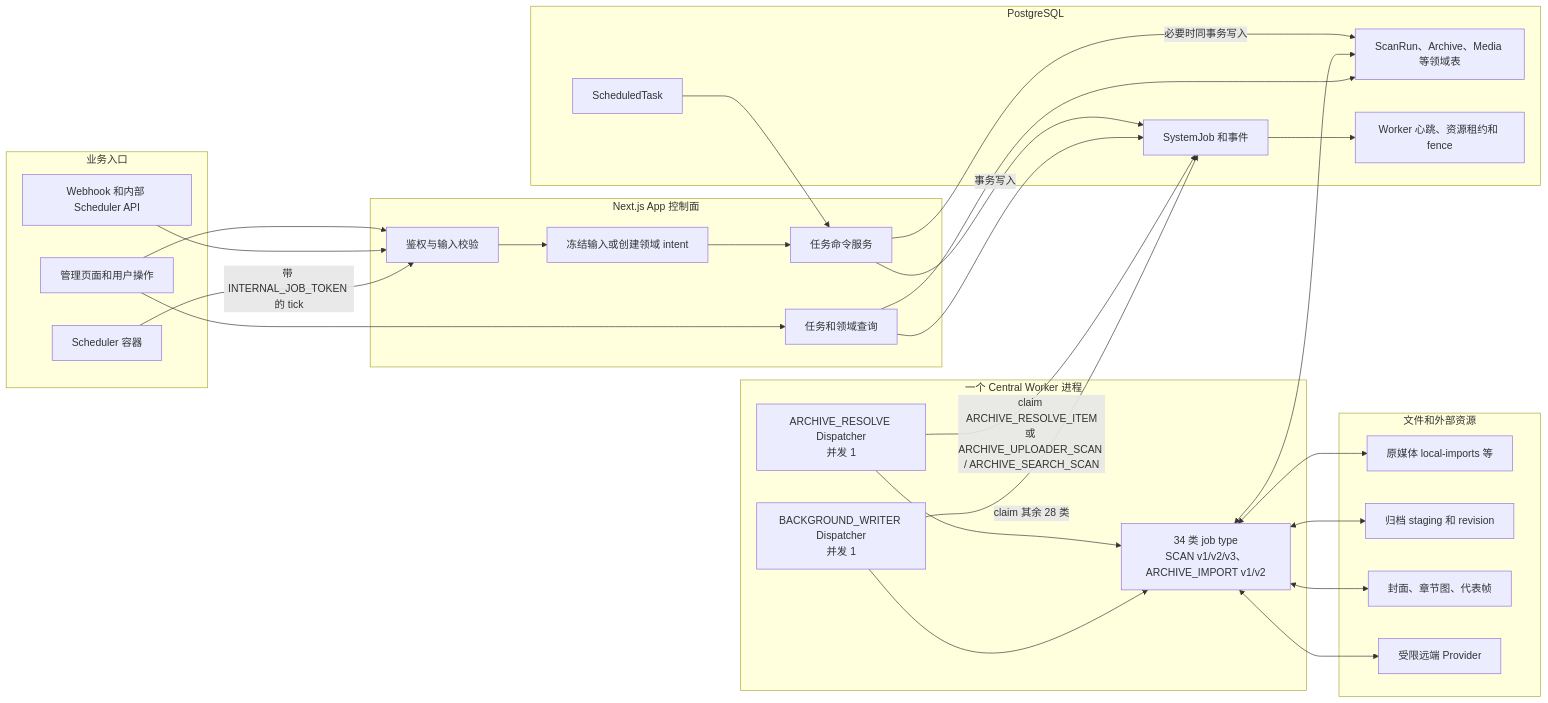
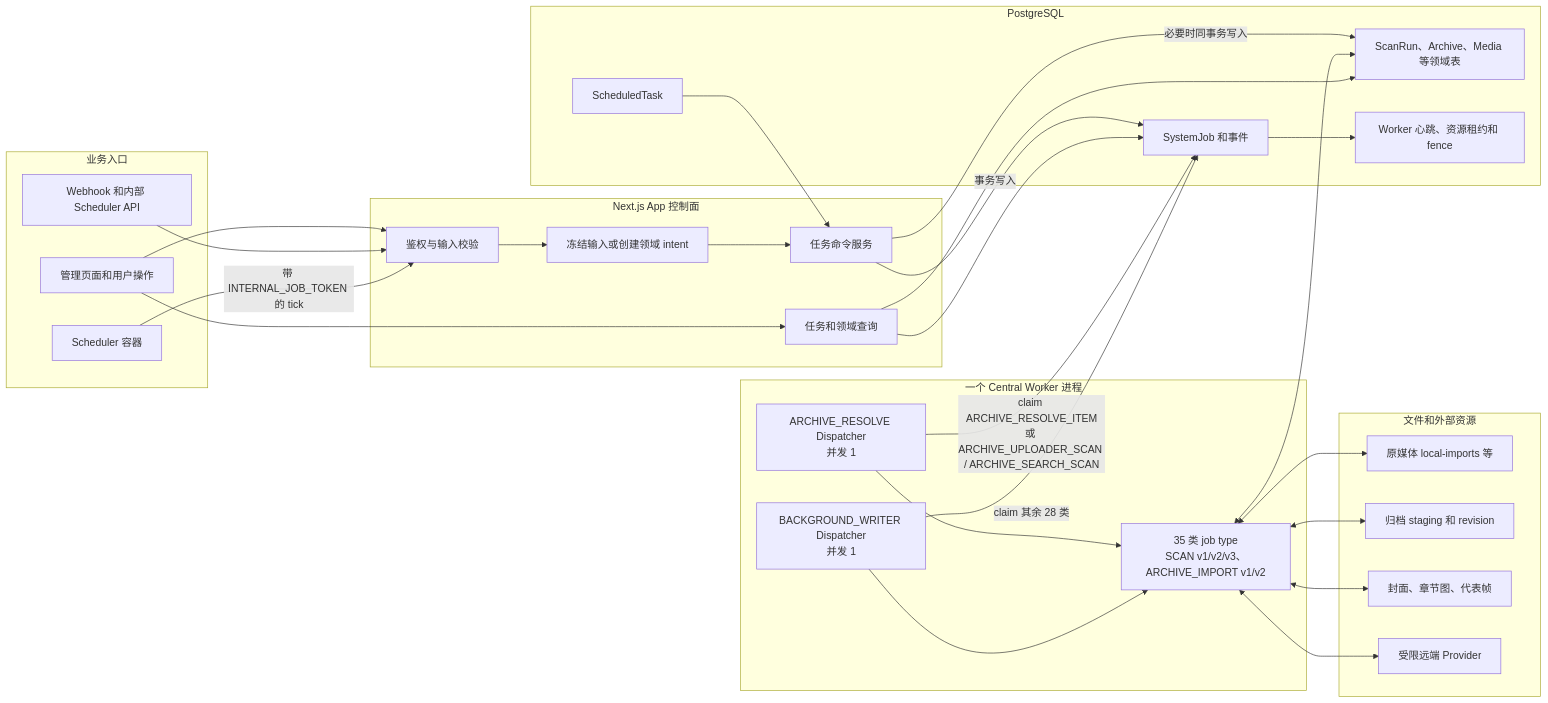
Before and after one commit to namehu/PixiShelf: the first of 12 diagrams in docs/architecture/background-job-business-flows.md, drawn with Mermaid. The commit also changed other lines of this file and 67 other files, not shown here.

````diff
--- a/docs/architecture/background-job-business-flows.md
+++ b/docs/architecture/background-job-business-flows.md
@@ -50,56 +50,56 @@
 ```mermaid
 flowchart LR
   subgraph Entry[业务入口]
     UI[管理页面和用户操作]
     API[Webhook 和内部 Scheduler API]
     SCH[Scheduler 容器]
   end
 
   subgraph App[Next.js App 控制面]
     AUTH[鉴权与输入校验]
     SNAP[冻结输入或创建领域 intent]
     CMD[任务命令服务]
     READ[任务和领域查询]
   end
 
   subgraph DB[PostgreSQL]
     TASK[ScheduledTask]
     JOB[SystemJob 和事件]
     DOMAIN[ScanRun、Archive、Media 等领域表]
     LEASE[Worker 心跳、资源租约和 fence]
   end
 
   subgraph Worker[一个 Central Worker 进程]
     RESOLVE[ARCHIVE_RESOLVE Dispatcher\n并发 1]
     WRITER[BACKGROUND_WRITER Dispatcher\n并发 1]
-    EXEC[34 类 job type\nSCAN v1/v2/v3、ARCHIVE_IMPORT v1/v2]
+    EXEC[35 类 job type\nSCAN v1/v2/v3、ARCHIVE_IMPORT v1/v2]
   end
 
   subgraph Storage[文件和外部资源]
     SOURCE[原媒体 local-imports 等]
     ARCHIVE[归档 staging 和 revision]
     DERIVED[封面、章节图、代表帧]
     REMOTE[受限远端 Provider]
   end
 
   UI --> AUTH
   API --> AUTH
   SCH -->|带 INTERNAL_JOB_TOKEN 的 tick| AUTH
   AUTH --> SNAP --> CMD
   TASK --> CMD
   CMD -->|事务写入| JOB
   CMD -->|必要时同事务写入| DOMAIN
   RESOLVE -->|claim ARCHIVE_RESOLVE_ITEM\n或 ARCHIVE_UPLOADER_SCAN / ARCHIVE_SEARCH_SCAN| JOB
   WRITER -->|claim 其余 28 类| JOB
   JOB --> LEASE
   RESOLVE --> EXEC
   WRITER --> EXEC
   EXEC <--> DOMAIN
   EXEC <--> SOURCE
   EXEC <--> ARCHIVE
   EXEC <--> DERIVED
   EXEC <--> REMOTE
   READ --> JOB
   READ --> DOMAIN
   UI --> READ
 ```
````
